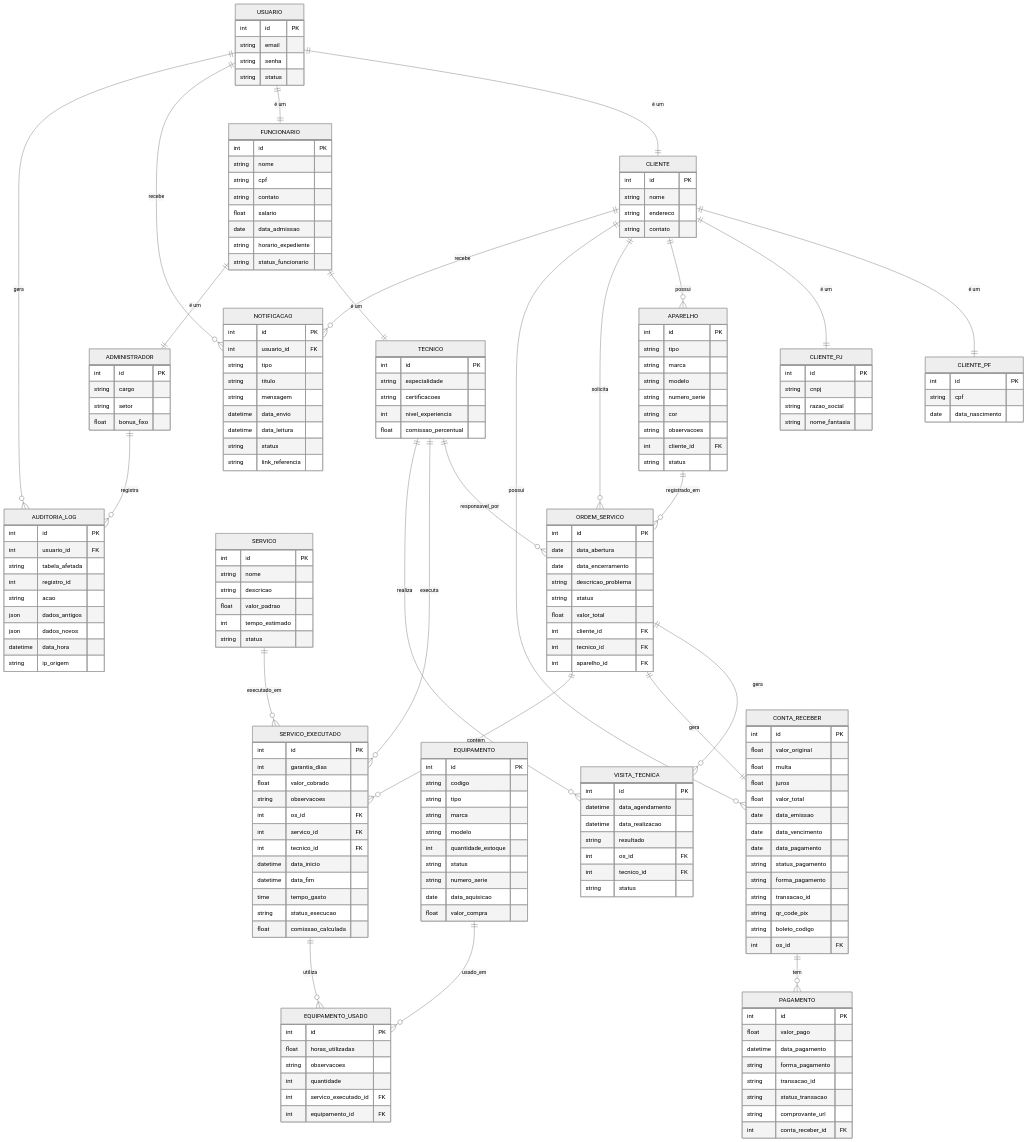
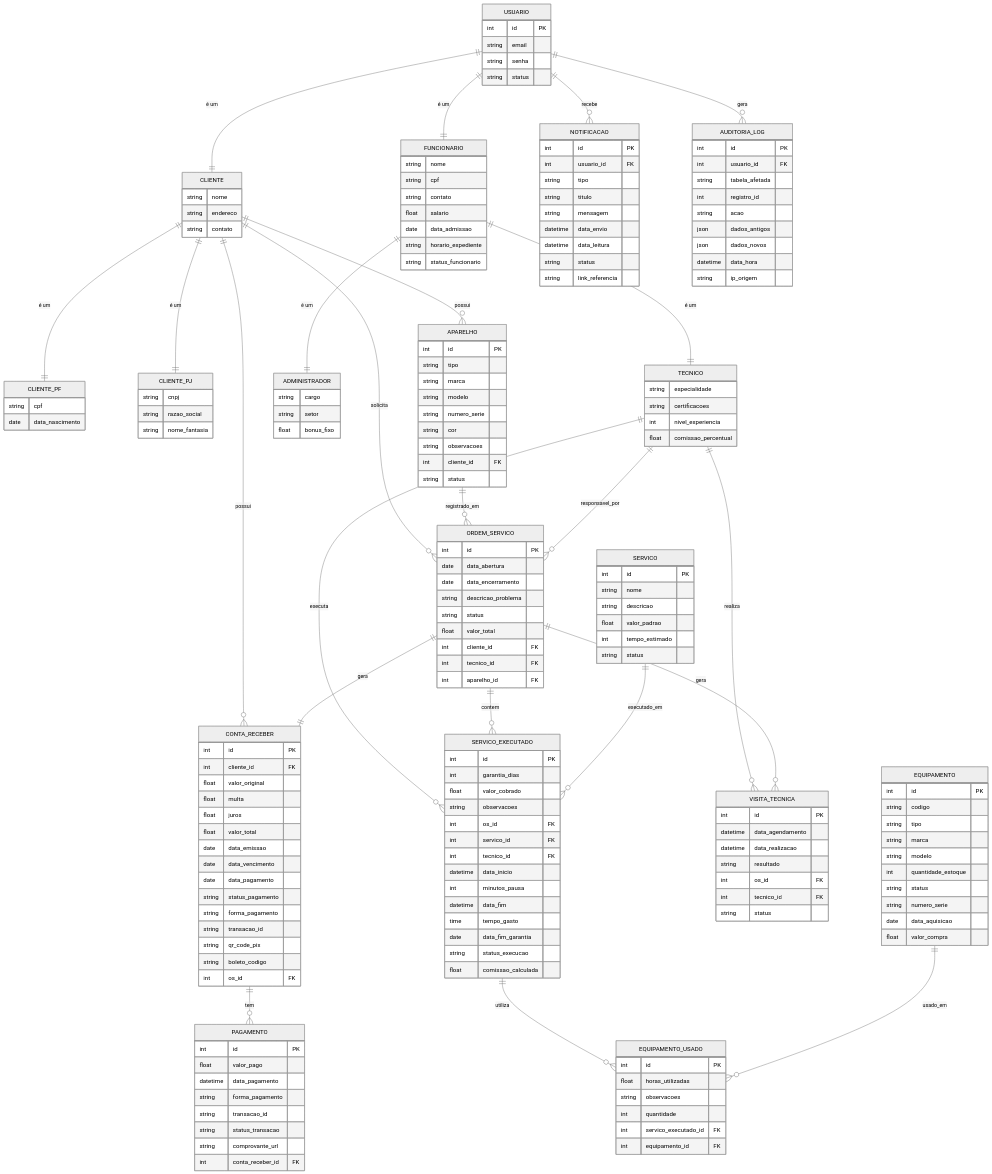
Before and after one commit to mariana097/assistencia-tecnica: the diagram in docs/doc-visao.md, drawn with Mermaid (neutral theme). The commit also changed other lines of this file and 19 other files, not shown here.

Commit message:
CORRECAO DOS DIAGRAMAS

```diff
--- a/docs/doc-visao.md
+++ b/docs/doc-visao.md
@@ -236,28 +251,24 @@
         string status
     }
     
-    CLIENTE {
-        int id PK
+    CLIENTE {        
         string nome
         string endereco
         string contato
     }
     
     CLIENTE_PF {
-        int id PK
         string cpf
         date data_nascimento
     }
     
     CLIENTE_PJ {
-        int id PK
         string cnpj
         string razao_social
         string nome_fantasia
     }
     
     FUNCIONARIO {
-        int id PK
         string nome
         string cpf
         string contato
@@ -268,7 +279,6 @@
     }
     
     TECNICO {
-        int id PK
         string especialidade
         string certificacoes
         int nivel_experiencia
@@ -276,7 +286,6 @@
     }
     
     ADMINISTRADOR {
-        int id PK
         string cargo
         string setor
         float bonus_fixo
@@ -325,8 +334,10 @@
         int servico_id FK
         int tecnico_id FK
         datetime data_inicio
+        int minutos_pausa
         datetime data_fim
         time tempo_gasto
+        date data_fim_garantia
         string status_execucao
         float comissao_calculada
     }
@@ -366,6 +377,7 @@
     %% Entidades Financeiras
     CONTA_RECEBER {
         int id PK
+        int cliente_id FK
         float valor_original
         float multa
         float juros
@@ -427,13 +439,11 @@
     %% Relacionamentos de Associação
     CLIENTE ||--o{ APARELHO : "possui"
     CLIENTE ||--o{ ORDEM_SERVICO : "solicita"
-    CLIENTE ||--o{ CONTA_RECEBER : "possui"
-    CLIENTE ||--o{ NOTIFICACAO : "recebe"    
+    CLIENTE ||--o{ CONTA_RECEBER : "possui"       
     APARELHO ||--o{ ORDEM_SERVICO : "registrado_em"    
     TECNICO ||--o{ ORDEM_SERVICO : "responsavel_por"
     TECNICO ||--o{ SERVICO_EXECUTADO : "executa"
-    TECNICO ||--o{ VISITA_TECNICA : "realiza"    
-    ADMINISTRADOR ||--o{ AUDITORIA_LOG : "registra"    
+    TECNICO ||--o{ VISITA_TECNICA : "realiza"         
     ORDEM_SERVICO ||--o{ VISITA_TECNICA : "gera"
     ORDEM_SERVICO ||--|| CONTA_RECEBER : "gera"
     ORDEM_SERVICO ||--o{ SERVICO_EXECUTADO : "contem"    
```
